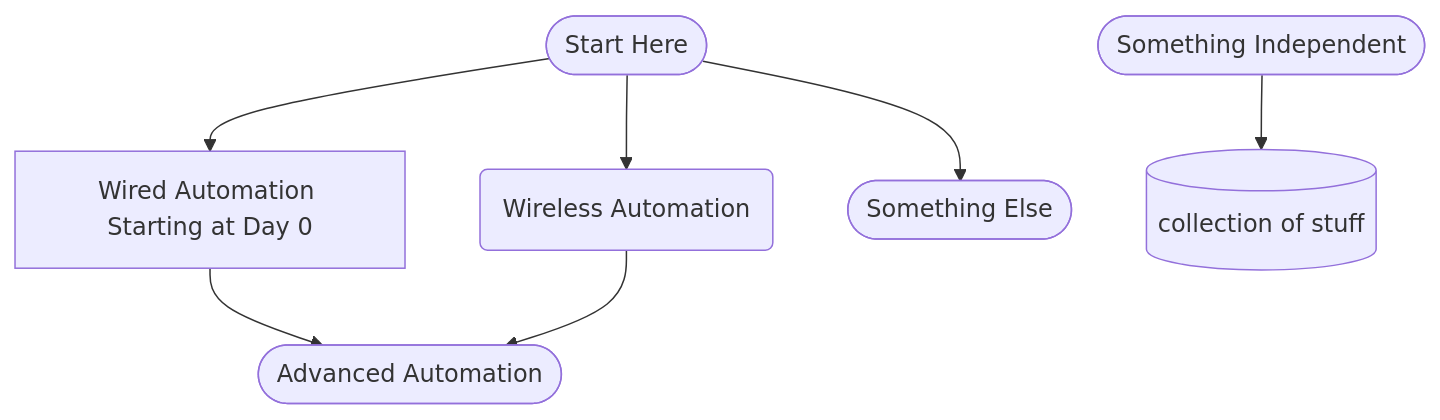
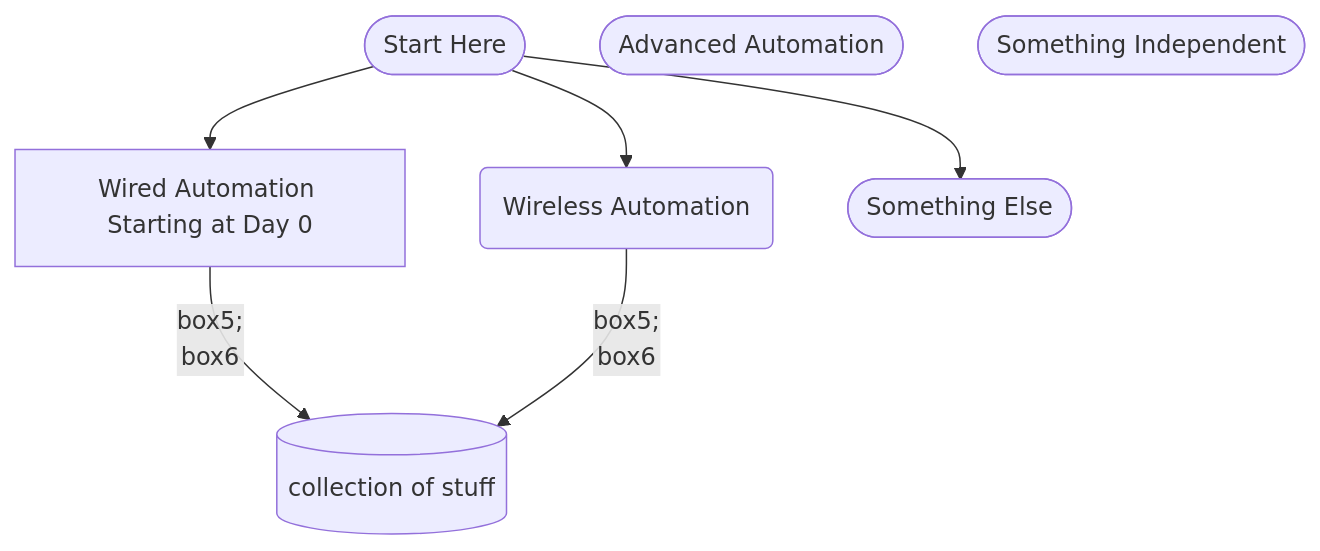
The diagram in flowdiagram.md (chanhale/toshare), drawn with Mermaid before and after one commit.

````diff
--- a/flowdiagram.md
+++ b/flowdiagram.md
@@ -3,16 +3,16 @@
 ```mermaid
 graph TD;
     box1([Start Here]);
     box2[Wired Automation Starting at Day 0];
     box3(Wireless Automation);
     box4([Something Else]);
     box5([Advanced Automation]);
     box6([Something Independent]);
     box7[(collection of stuff)];
     box1-->box2 & box3 & box4;
-    box2 & box3 --> box5;
+    box2 & box3--box5;
     box6-->box7;
     click box2 "https://github.com/kebaldwi/DNAC-TEMPLATES/tree/master/LABS/LAB-1-Wired-Automation" "wired";
     click box3 "https://github.com/kebaldwi/DNAC-TEMPLATES/tree/master/LABS/LAB-2-Wireless-Automation" "wireless";
     click box5 "https://github.com/kebaldwi/DNAC-TEMPLATES/tree/master/LABS/LAB-3-Advanced-Automation" "advanced";
 ```
````
